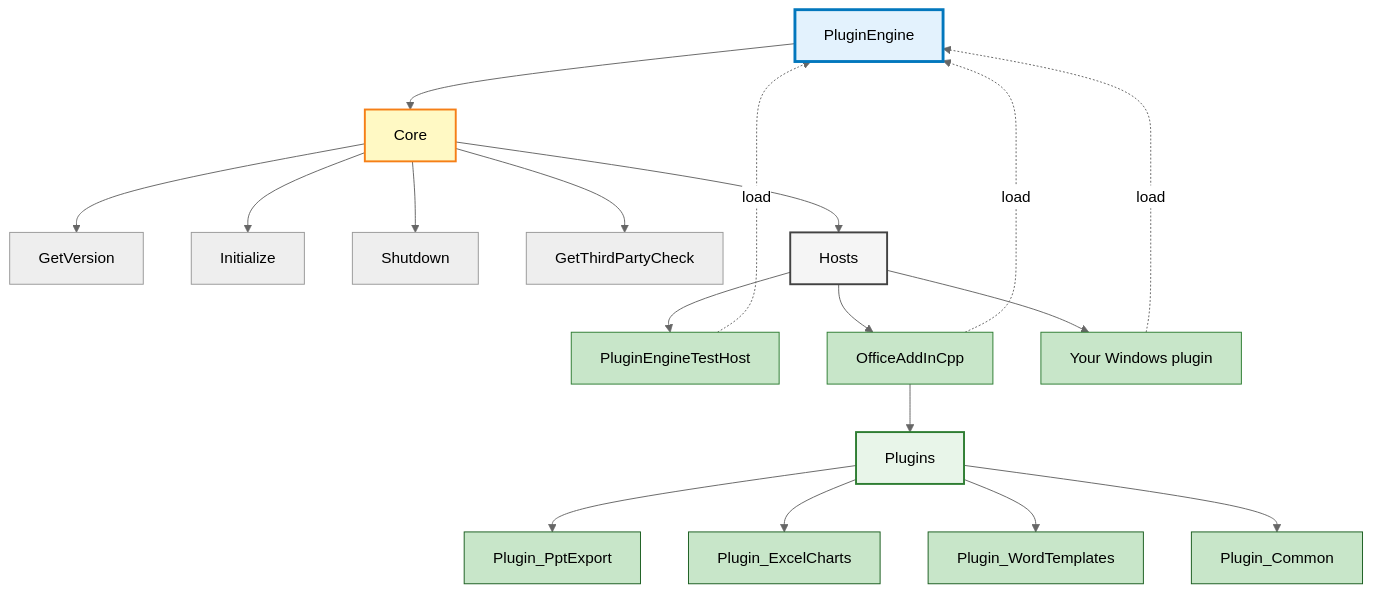
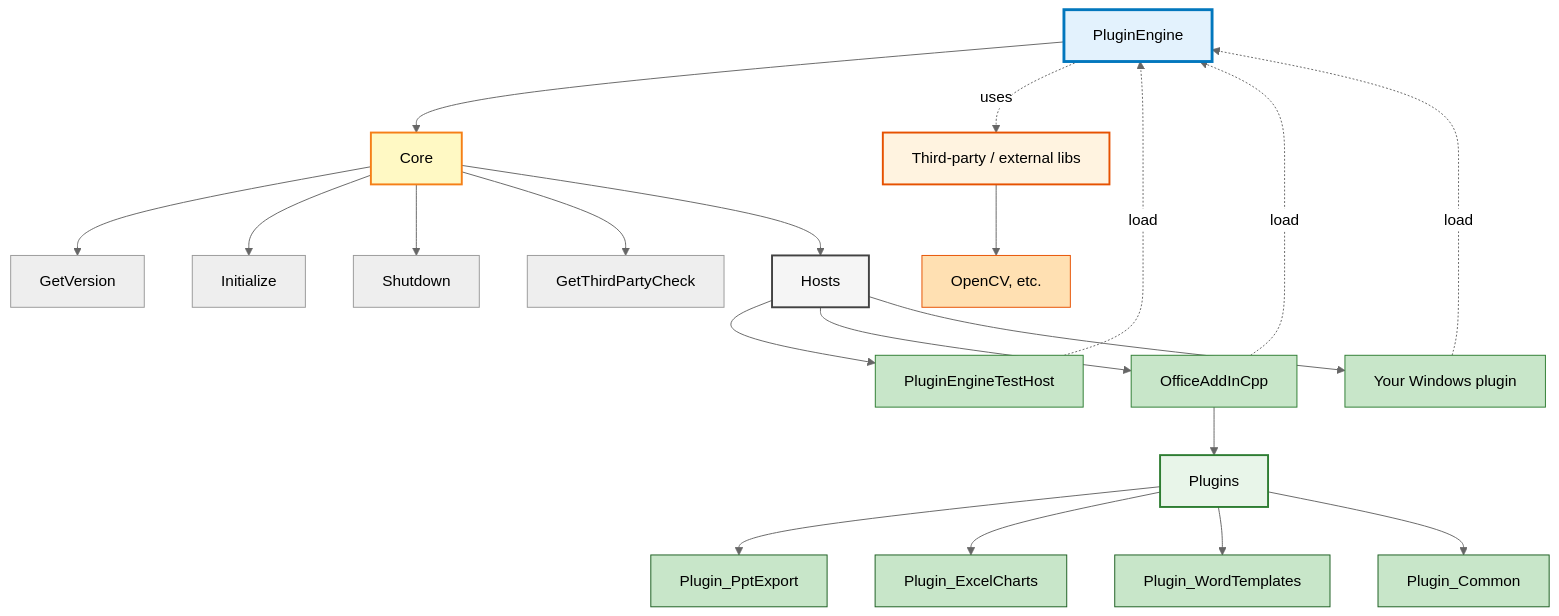
One commit to kanhaiya-gupta/windows-dll-plugin-template changed the diagram in README.md. Above: the diagram before and after it, drawn with Mermaid (neutral theme). The commit also changed other lines of this file and 1 other file, not shown here.

````diff
--- a/README.md
+++ b/README.md
@@ -11,36 +11,41 @@
 ```mermaid
 flowchart TD
     Origin[PluginEngine]
     Origin --> Core[Core]
     Core --> V[GetVersion]
     Core --> I[Initialize]
     Core --> S[Shutdown]
     Core --> G[GetThirdPartyCheck]
+
+    Origin -.->|uses| ThirdParty[Third-party / external libs]
+    ThirdParty --> T1[OpenCV, etc.]
 
     Core --> Hosts[Hosts]
     Hosts --> H1[PluginEngineTestHost]
     Hosts --> H2[OfficeAddInCpp]
     Hosts --> H3[Your Windows plugin]
 
     H2 --> Plugins[Plugins]
     Plugins --> P1[Plugin_PptExport]
     Plugins --> P2[Plugin_ExcelCharts]
     Plugins --> P3[Plugin_WordTemplates]
     Plugins --> P4[Plugin_Common]
 
     H1 -.->|load| Origin
     H2 -.->|load| Origin
     H3 -.->|load| Origin
 
     style Origin fill:#e3f2fd,stroke:#0277bd,stroke-width:3px
     style Core fill:#fff9c4,stroke:#f57f17,stroke-width:2px
+    style ThirdParty fill:#fff3e0,stroke:#e65100,stroke-width:2px
+    style T1 fill:#ffe0b2,stroke:#e65100
     style Hosts fill:#f5f5f5,stroke:#424242,stroke-width:2px
     style H1 fill:#c8e6c9,stroke:#2e7d32
     style H2 fill:#c8e6c9,stroke:#2e7d32
     style H3 fill:#c8e6c9,stroke:#2e7d32
     style Plugins fill:#e8f5e9,stroke:#2e7d32,stroke-width:2px
     style P1 fill:#c8e6c9,stroke:#1b5e20
     style P2 fill:#c8e6c9,stroke:#1b5e20
     style P3 fill:#c8e6c9,stroke:#1b5e20
     style P4 fill:#c8e6c9,stroke:#1b5e20
 ```
````
